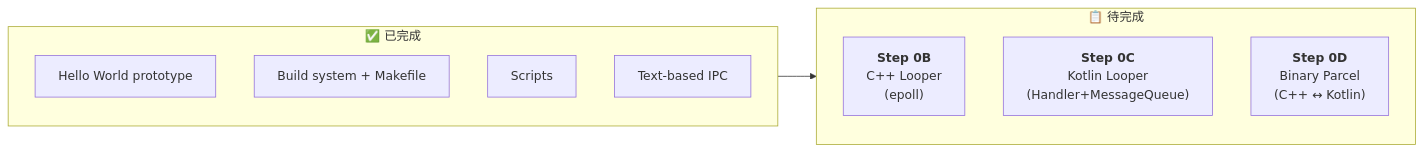
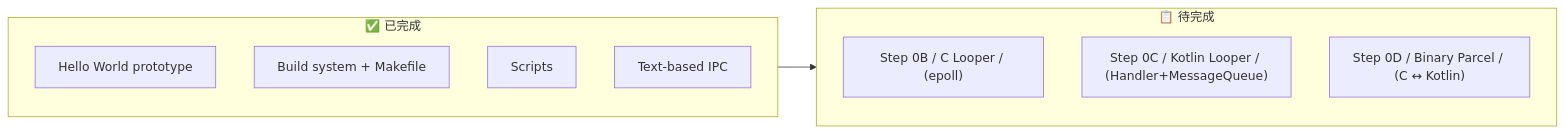
The third of 26 diagrams in docs/learning-guide.md (Owen771/mini-AOSP), drawn with Mermaid before and after one commit. The commit also changed other lines of this file and 34 other files, not shown here.

````diff
--- a/docs/learning-guide.md
+++ b/docs/learning-guide.md
@@ -104,17 +118,17 @@
 ```mermaid
 graph LR
-    subgraph done ["✅ 已完成"]
-        A[Hello World prototype]
-        B[Build system + Makefile]
-        C[Scripts]
-        D[Text-based IPC]
-    end
+ subgraph done ["✅ 已完成"]
+ A[Hello World prototype]
+ B[Build system + Makefile]
+ C[Scripts]
+ D[Text-based IPC]
+ end
 
-    subgraph todo ["📋 待完成"]
-        E["<b>Step 0B</b><br/>C++ Looper<br/>(epoll)"]
-        F["<b>Step 0C</b><br/>Kotlin Looper<br/>(Handler+MessageQueue)"]
-        G["<b>Step 0D</b><br/>Binary Parcel<br/>(C++ ↔ Kotlin)"]
-    end
+ subgraph todo ["📋 待完成"]
+ E["Step 0B / C Looper / (epoll)"]
+ F["Step 0C / Kotlin Looper / (Handler+MessageQueue)"]
+ G["Step 0D / Binary Parcel / (C ↔ Kotlin)"]
+ end
 
-    done --> todo
+ done --> todo
 ```
````
